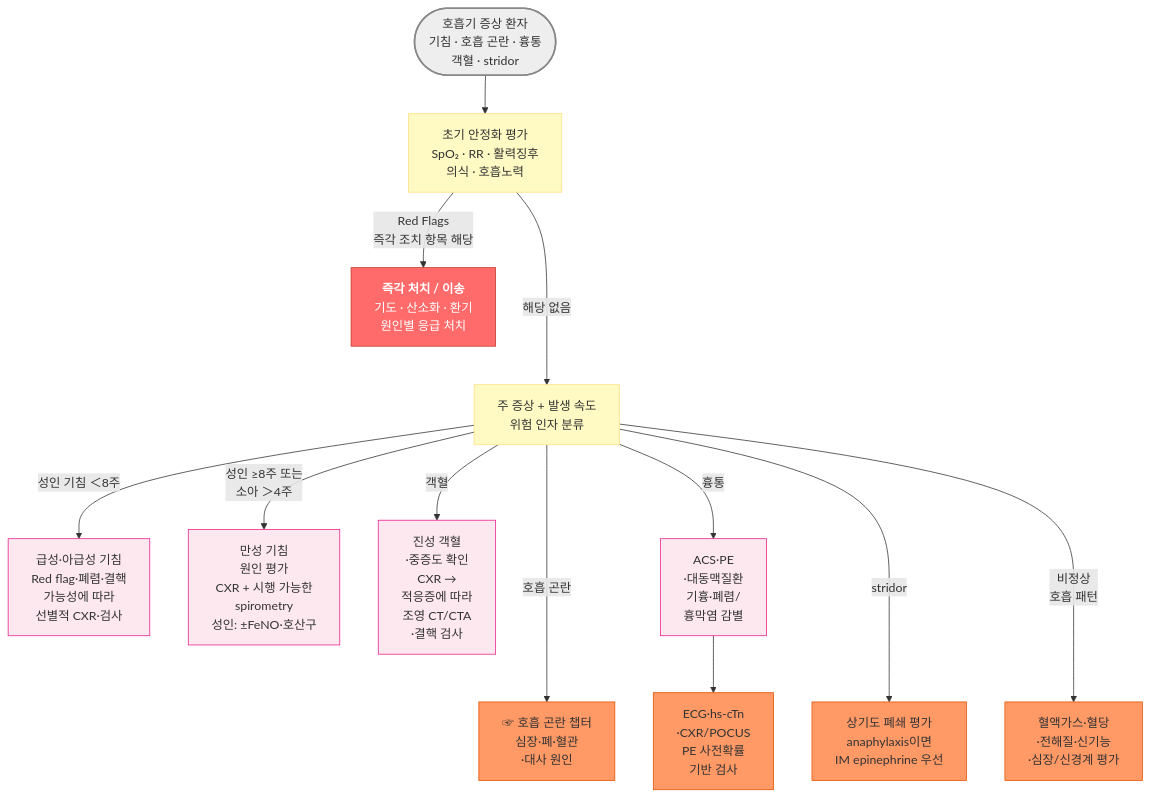
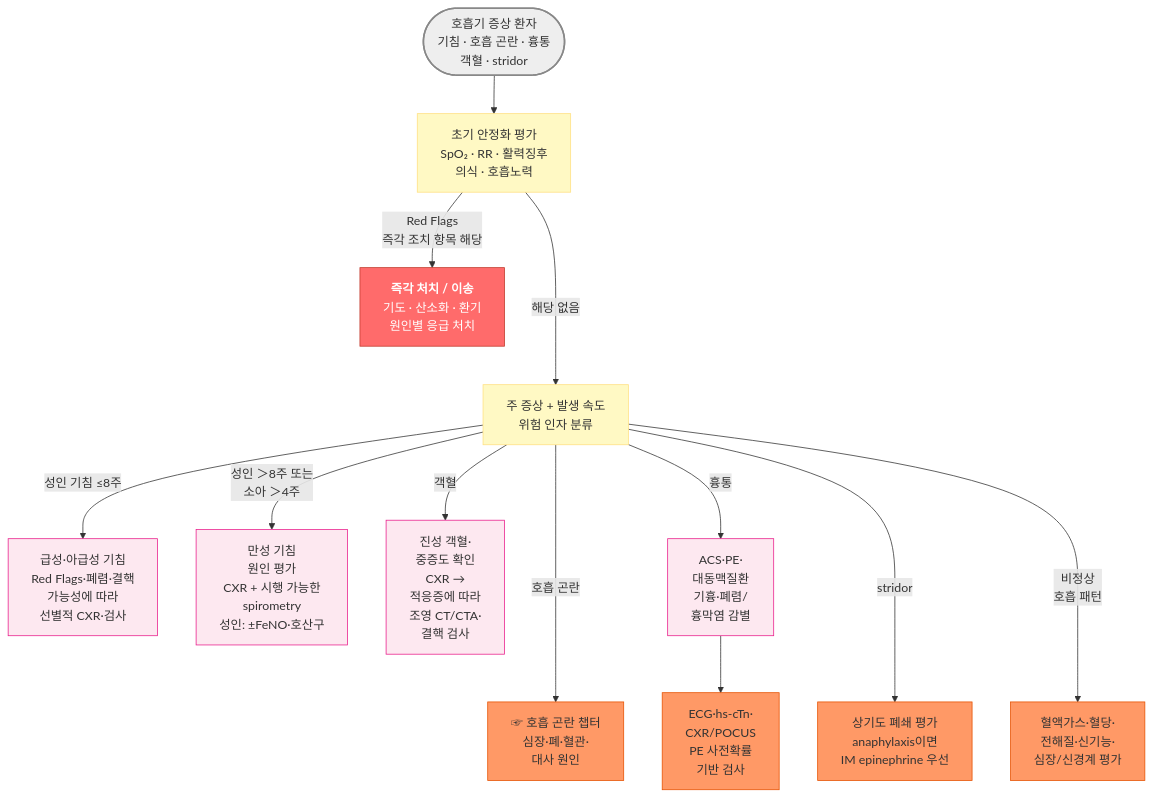
One commit to familyoh77/familyoh77 changed the diagram in 223_/059_-respdz.md. Above: the diagram before and after it, drawn with Mermaid. The commit also changed other lines of this file, not shown here.

````diff
--- a/223_/059_-respdz.md
+++ b/223_/059_-respdz.md
@@ -145,23 +149,23 @@
 ```mermaid
 graph TD
     A(["호흡기 증상 환자<br/>기침 · 호흡 곤란 · 흉통<br/>객혈 · stridor"]) --> B["초기 안정화 평가<br/>SpO₂ · RR · 활력징후<br/>의식 · 호흡노력"]
     B -->|"Red Flags<br/>즉각 조치 항목 해당"| C["<b>즉각 처치 / 이송</b><br/>기도 · 산소화 · 환기<br/>원인별 응급 처치"]
     B --->|해당 없음| D["주 증상 + 발생 속도<br/>위험 인자 분류"]
-    D --->|호흡 곤란| E["☞ 호흡 곤란 챕터<br/>심장·폐·혈관<br/>·대사 원인"]
-    D -->|"성인 기침 ＜8주"| F["급성·아급성 기침<br/>Red flag·폐렴·결핵 <br/>가능성에 따라<br/>선별적 CXR·검사"]
-    D -->|"성인 ≥8주 또는 <br/>소아 ＞4주"| G["만성 기침 <br/>원인 평가<br/>CXR + 시행 가능한 <br/>spirometry<br/>성인: ±FeNO·호산구"]
-    D -->|객혈| H["진성 객혈<br/>·중증도 확인<br/>CXR → <br/>적응증에 따라<br/>조영 CT/CTA<br/>·결핵 검사"]
-    D -->|흉통| I["ACS·PE<br/>·대동맥질환<br/>기흉·폐렴/<br/>흉막염 감별"]
+    D --->|호흡 곤란| E["☞ 호흡 곤란 챕터<br/>심장·폐·혈관·<br/>대사 원인"]
+    D -->|"성인 기침 ≤8주"| F["급성·아급성 기침<br/>Red Flags·폐렴·결핵<br/>가능성에 따라<br/>선별적 CXR·검사"]
+    D -->|"성인 ＞8주 또는<br/>소아 ＞4주"| G["만성 기침<br/>원인 평가<br/>CXR + 시행 가능한<br/>spirometry<br/>성인: ±FeNO·호산구"]
+    D -->|객혈| H["진성 객혈·<br/>중증도 확인<br/>CXR →<br/>적응증에 따라<br/>조영 CT/CTA·<br/>결핵 검사"]
+    D -->|흉통| I["ACS·PE·<br/>대동맥질환<br/>기흉·폐렴/<br/>흉막염 감별"]
     D --->|stridor| J["상기도 폐쇄 평가<br/>anaphylaxis이면<br/>IM epinephrine 우선"]
-    D --->|비정상 <br/>호흡 패턴| K["혈액가스·혈당<br/>·전해질·신기능<br/>·심장/신경계 평가"]
-    I --> L["ECG·hs-cTn<br/>·CXR/POCUS<br/>PE 사전확률 <br/>기반 검사"]
+    D --->|"비정상<br/>호흡 패턴"| K["혈액가스·혈당·<br/>전해질·신기능·<br/>심장/신경계 평가"]
+    I --> L["ECG·hs-cTn·<br/>CXR/POCUS<br/>PE 사전확률<br/>기반 검사"]
 style A fill:#eeeeee,stroke:#888888,stroke-width:2px
 style B fill:#fff9c4,stroke:#ffe082
 style D fill:#fff9c4,stroke:#ffe082
 style C fill:#ff6b6b,stroke:#c0392b,color:#fff
 classDef pink fill:#fde8f0,stroke:#e91e8c
 class F,G,H,I pink
 classDef peach fill:#f96,stroke:#e65100
 class E,J,K,L peach
 
 ```
````
